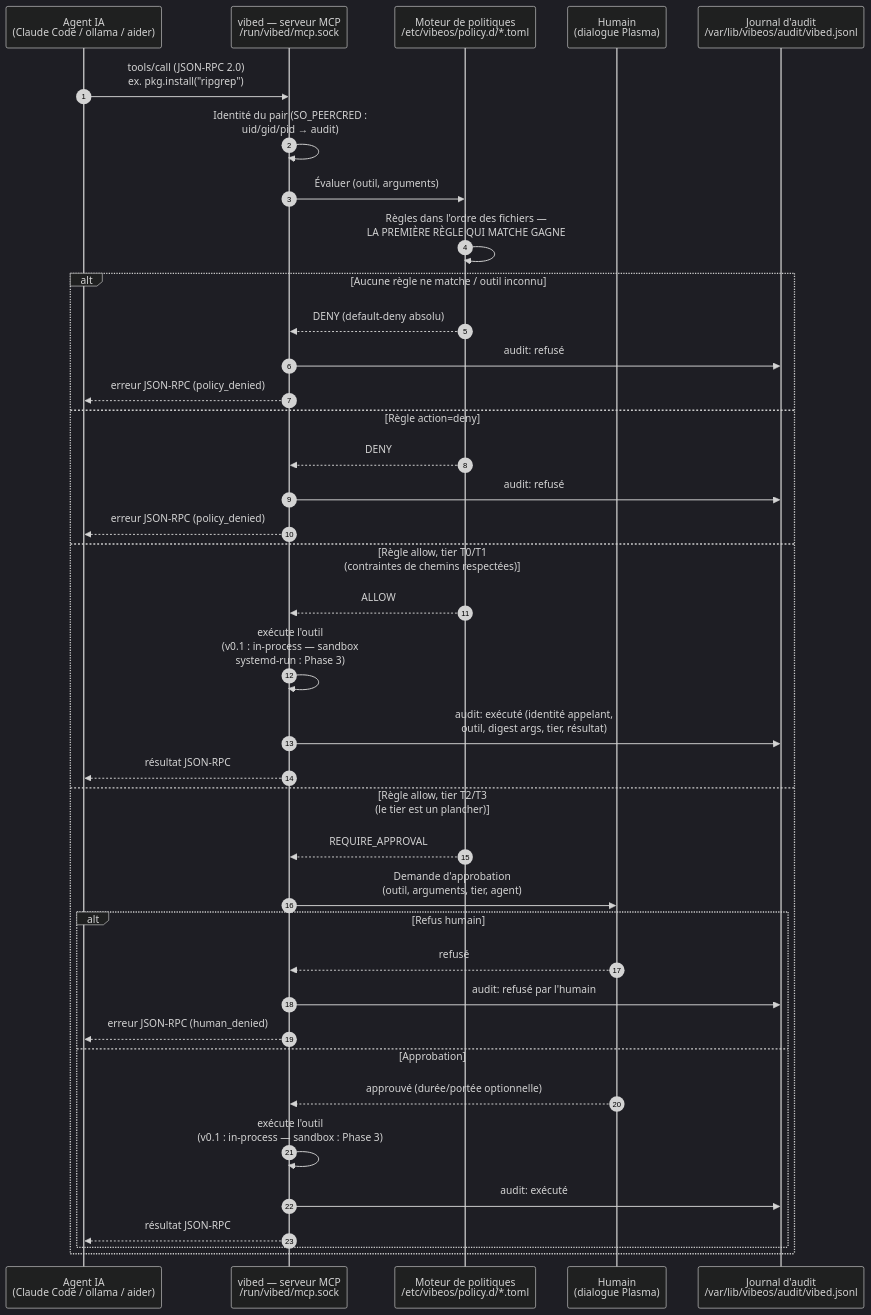
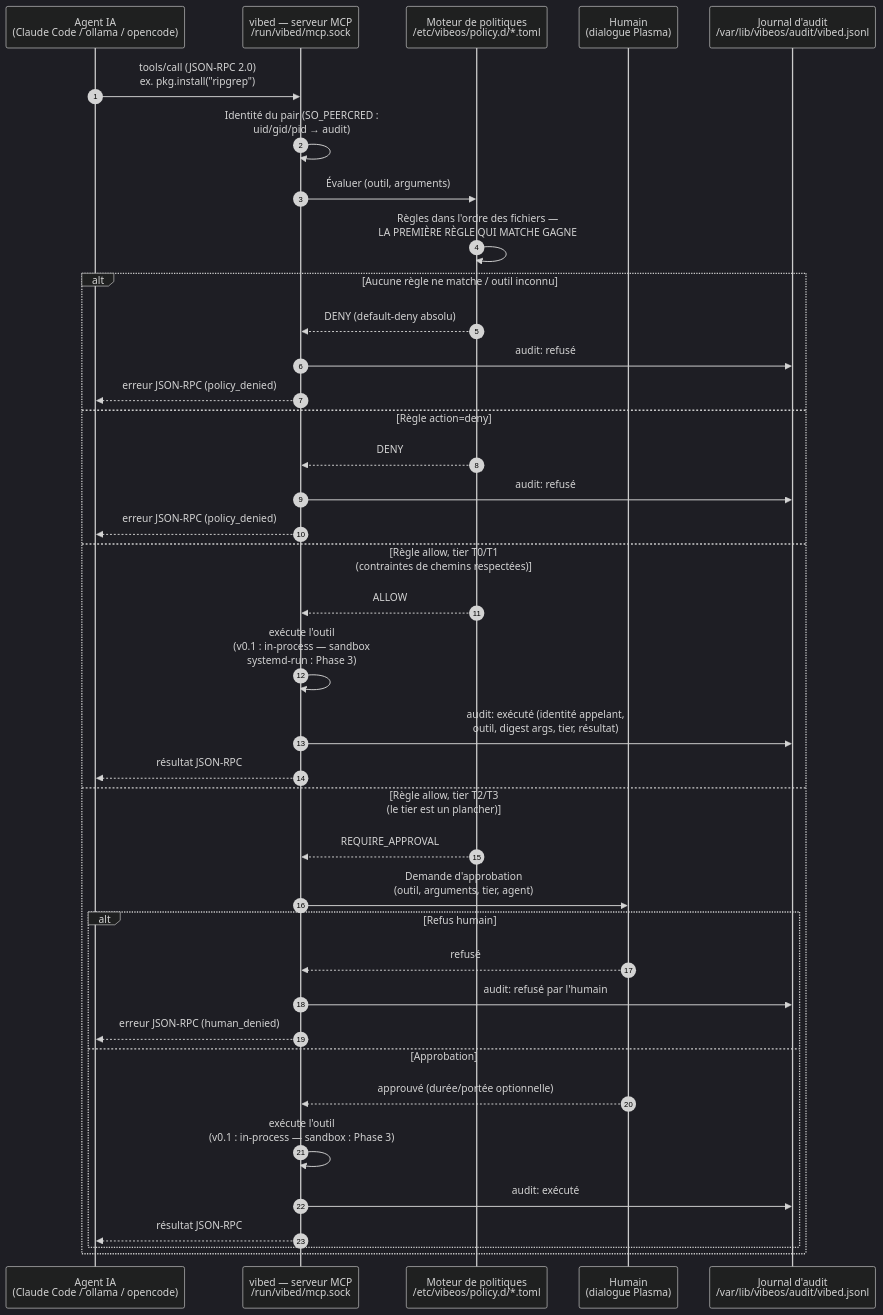
One commit to Micka420-collab/vibeos changed the third of 5 diagrams in docs/ARCHITECTURE.md. Above: the diagram before and after it, drawn with Mermaid (dark theme). The commit also changed other lines of this file and 36 other files, not shown here.

````diff
--- a/docs/ARCHITECTURE.md
+++ b/docs/ARCHITECTURE.md
@@ -145,41 +145,41 @@
 ```mermaid
 sequenceDiagram
     autonumber
-    participant A as Agent IA<br/>(Claude Code / ollama / aider)
+    participant A as Agent IA<br/>(Claude Code / ollama / opencode)
     participant M as vibed — serveur MCP<br/>/run/vibed/mcp.sock
     participant P as Moteur de politiques<br/>/etc/vibeos/policy.d/*.toml
     participant H as Humain<br/>(dialogue Plasma)
     participant J as Journal d'audit<br/>/var/lib/vibeos/audit/vibed.jsonl
 
     A->>M: tools/call (JSON-RPC 2.0)<br/>ex. pkg.install("ripgrep")
     M->>M: Identité du pair (SO_PEERCRED :<br/>uid/gid/pid → audit)
     M->>P: Évaluer (outil, arguments)
     P->>P: Règles dans l'ordre des fichiers —<br/>LA PREMIÈRE RÈGLE QUI MATCHE GAGNE
     alt Aucune règle ne matche / outil inconnu
         P-->>M: DENY (default-deny absolu)
         M->>J: audit: refusé
         M-->>A: erreur JSON-RPC (policy_denied)
     else Règle action=deny
         P-->>M: DENY
         M->>J: audit: refusé
         M-->>A: erreur JSON-RPC (policy_denied)
     else Règle allow, tier T0/T1<br/>(contraintes de chemins respectées)
         P-->>M: ALLOW
         M->>M: exécute l'outil<br/>(v0.1 : in-process — sandbox<br/>systemd-run : Phase 3)
         M->>J: audit: exécuté (identité appelant,<br/>outil, digest args, tier, résultat)
         M-->>A: résultat JSON-RPC
     else Règle allow, tier T2/T3<br/>(le tier est un plancher)
         P-->>M: REQUIRE_APPROVAL
         M->>H: Demande d'approbation<br/>(outil, arguments, tier, agent)
         alt Refus humain
             H-->>M: refusé
             M->>J: audit: refusé par l'humain
             M-->>A: erreur JSON-RPC (human_denied)
         else Approbation
             H-->>M: approuvé (durée/portée optionnelle)
             M->>M: exécute l'outil<br/>(v0.1 : in-process — sandbox : Phase 3)
             M->>J: audit: exécuté
             M-->>A: résultat JSON-RPC
         end
     end
 ```
````
